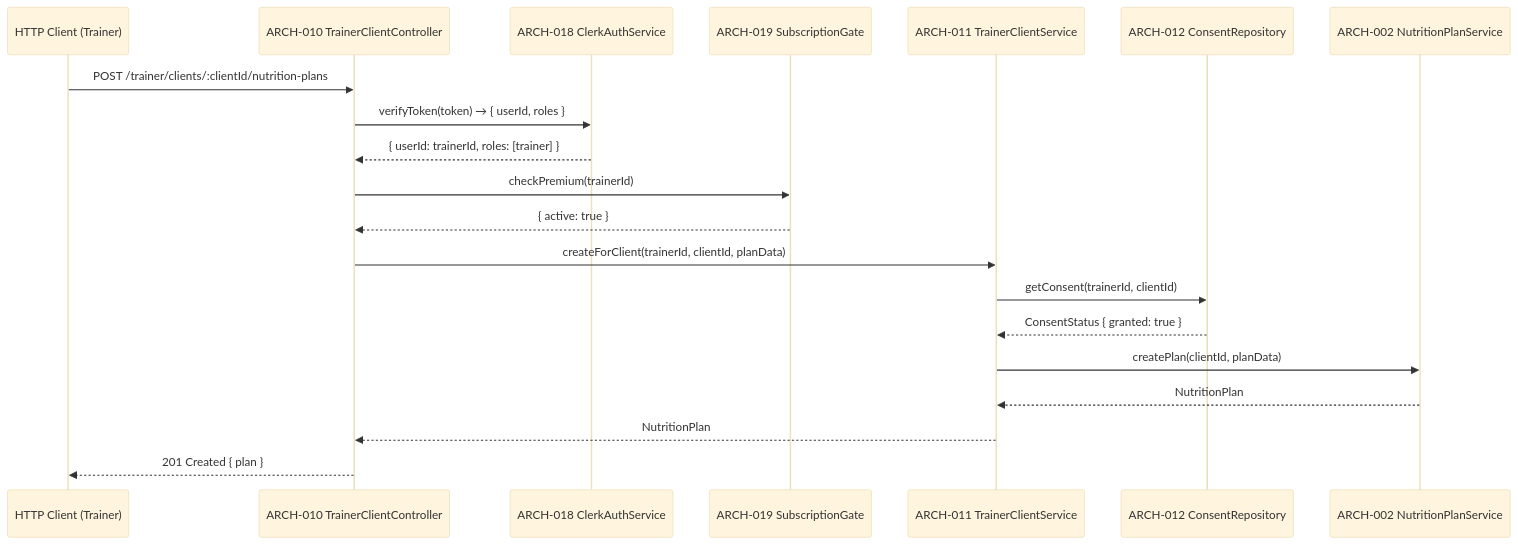
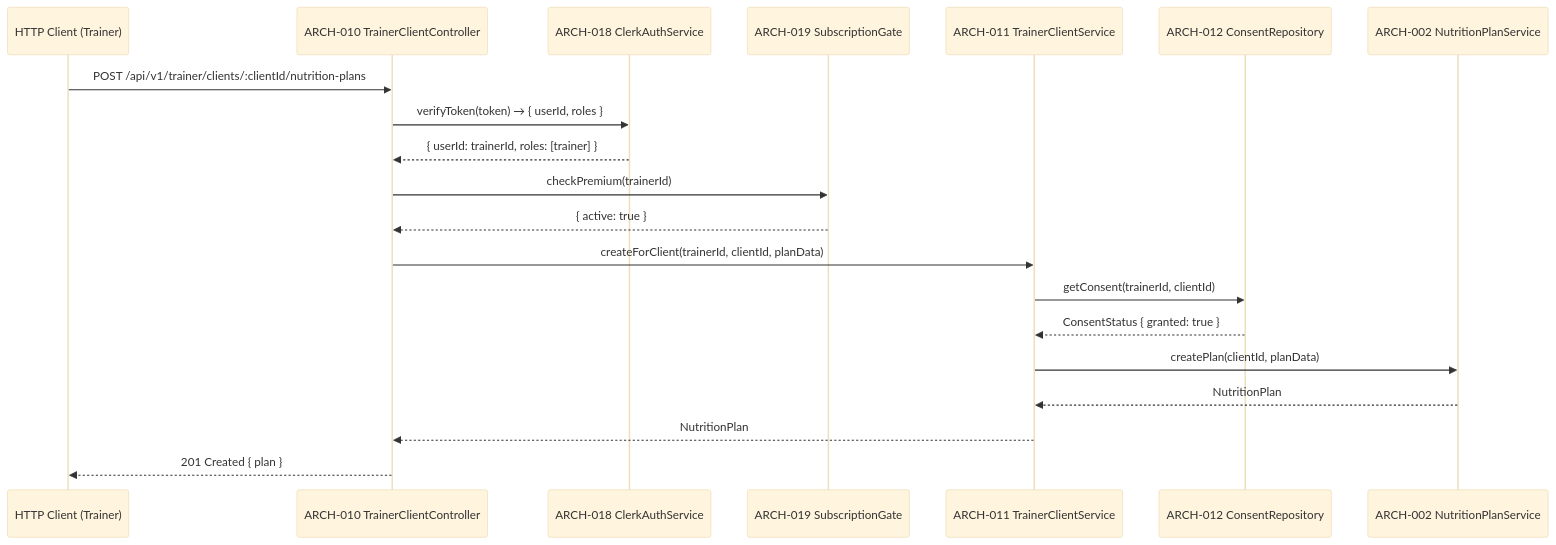
One commit to radicle-co/KitchenSink changed the third of 4 diagrams in specs/009-nutrition-planning/v-model/architecture-design.md. Above: the diagram before and after it, drawn with Mermaid (base theme). The commit also changed other lines of this file and 98 other files, not shown here.

````diff
--- a/specs/009-nutrition-planning/v-model/architecture-design.md
+++ b/specs/009-nutrition-planning/v-model/architecture-design.md
@@ -106,23 +106,23 @@
 ```mermaid
 sequenceDiagram
     participant Trainer as HTTP Client (Trainer)
     participant TC as ARCH-010 TrainerClientController
     participant Auth as ARCH-018 ClerkAuthService
     participant Sub as ARCH-019 SubscriptionGate
     participant TCS as ARCH-011 TrainerClientService
     participant CR as ARCH-012 ConsentRepository
     participant PS as ARCH-002 NutritionPlanService
 
-    Trainer->>TC: POST /trainer/clients/:clientId/nutrition-plans
+    Trainer->>TC: POST /api/v1/trainer/clients/:clientId/nutrition-plans
     TC->>Auth: verifyToken(token) → { userId, roles }
     Auth-->>TC: { userId: trainerId, roles: [trainer] }
     TC->>Sub: checkPremium(trainerId)
     Sub-->>TC: { active: true }
     TC->>TCS: createForClient(trainerId, clientId, planData)
     TCS->>CR: getConsent(trainerId, clientId)
     CR-->>TCS: ConsentStatus { granted: true }
     TCS->>PS: createPlan(clientId, planData)
     PS-->>TCS: NutritionPlan
     TCS-->>TC: NutritionPlan
     TC-->>Trainer: 201 Created { plan }
 ```
````
